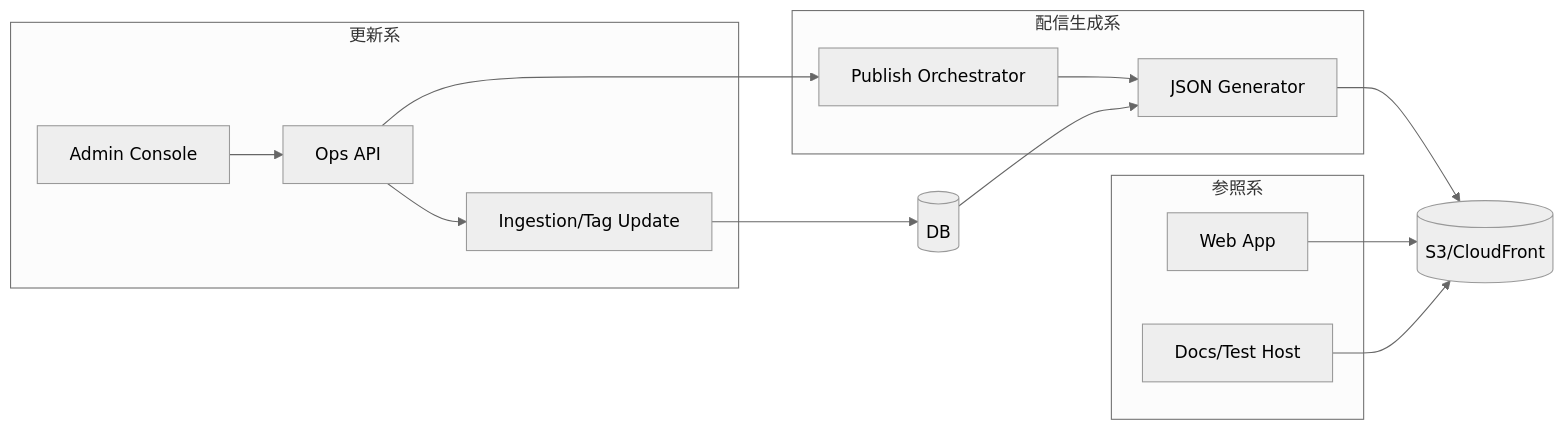
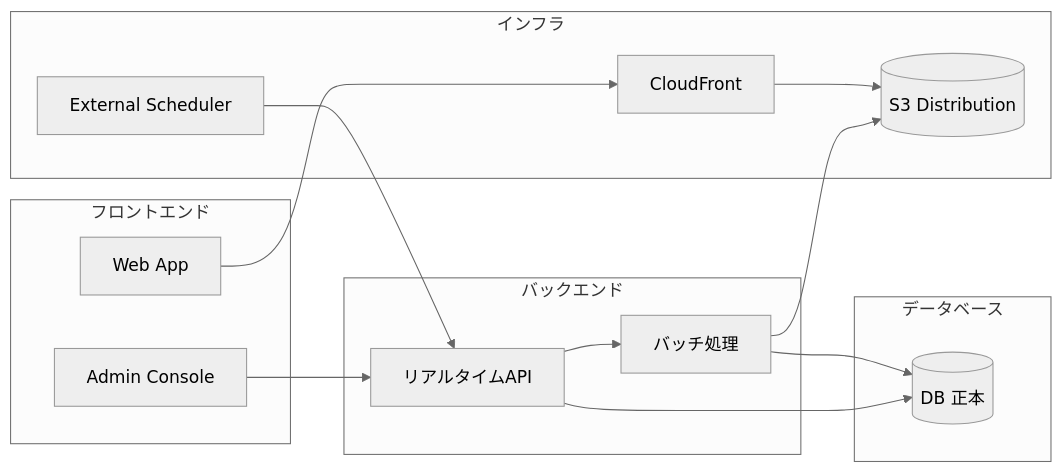
One commit to tsuji-tomonori/diopside-v3 changed the diagram in docs/2.基本設計(BD)/01.全体構成(SYS)/11.アーキテクチャ概要(ARCH)/BD-SYS-ARCH-002.md. Above: the diagram before and after it, drawn with Mermaid (neutral theme). The commit also changed other lines of this file and 5 other files, not shown here.

````diff
--- a/docs/2.基本設計(BD)/01.全体構成(SYS)/11.アーキテクチャ概要(ARCH)/BD-SYS-ARCH-002.md
+++ b/docs/2.基本設計(BD)/01.全体構成(SYS)/11.アーキテクチャ概要(ARCH)/BD-SYS-ARCH-002.md
@@ -43,27 +63,30 @@
 ```mermaid
 flowchart LR
-  subgraph W[更新系]
+  subgraph FE[フロントエンド]
+    WEB[Web App]
     ADM[Admin Console]
-    OPS[Ops API]
-    ING[Ingestion/Tag Update]
   end
 
-  subgraph G[配信生成系]
-    PUB[Publish Orchestrator]
-    GEN[JSON Generator]
+  subgraph BE[バックエンド]
+    API[リアルタイムAPI]
+    BATCH[バッチ処理]
   end
 
-  subgraph R[参照系]
-    WEB[Web App]
-    DOCS[Docs/Test Host]
+  subgraph INF[インフラ]
+    CF[CloudFront]
+    DIST[(S3 Distribution)]
+    SCH[External Scheduler]
   end
 
-  DB[(DB)]
-  DIST[(S3/CloudFront)]
+  subgraph DBL[データベース]
+    DB[(DB 正本)]
+  end
 
-  ADM --> OPS --> ING --> DB
-  OPS --> PUB --> GEN --> DIST
-  DB --> GEN
-  WEB --> DIST
-  DOCS --> DIST
+  ADM --> API
+  SCH --> API
+  API --> BATCH
+  API --> DB
+  BATCH --> DB
+  BATCH --> DIST
+  WEB --> CF --> DIST
 ```
````
